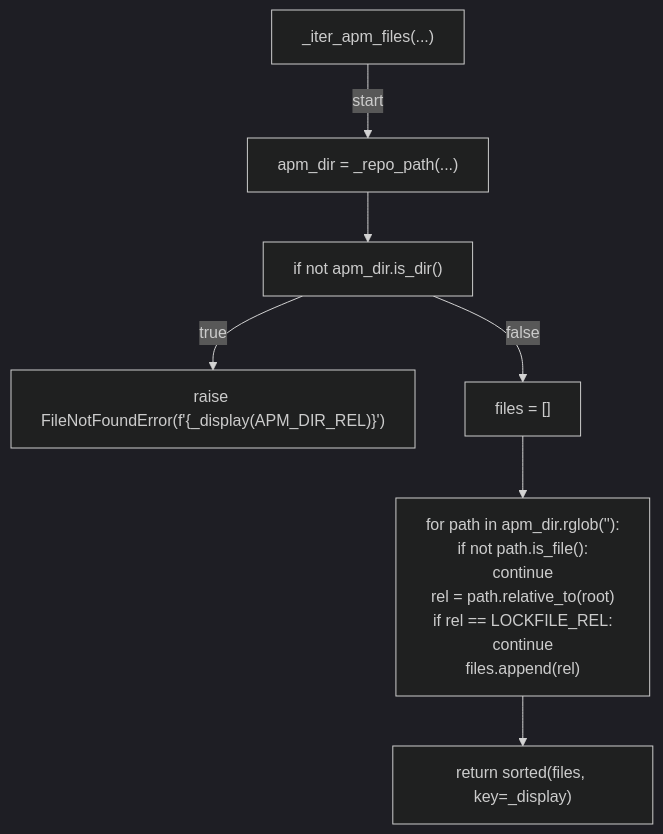
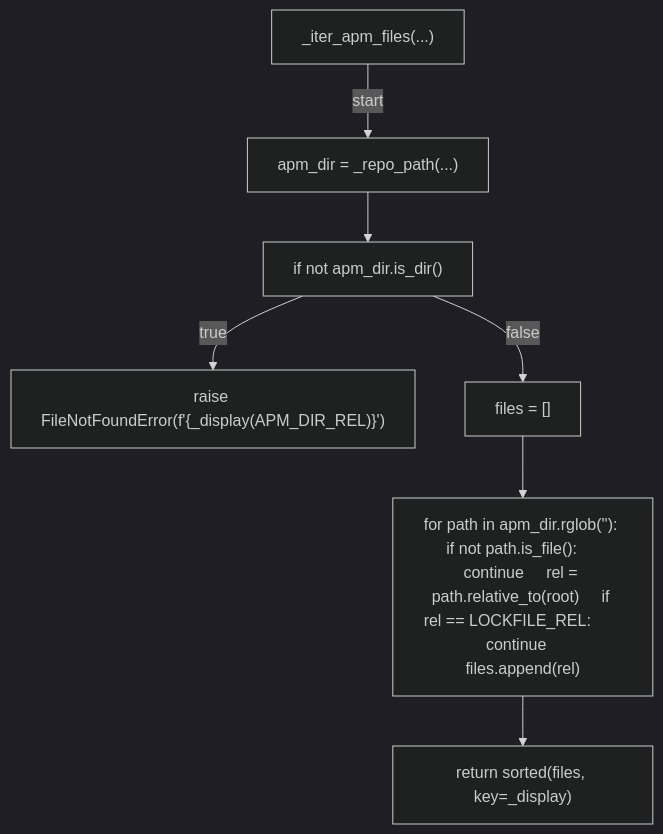
The third of 13 diagrams in docs/generated/scripts/ast/verify_apm_checksums.md (tvna/claude-md), drawn with Mermaid (dark theme) before and after one commit. The commit also changed other lines of this file and 15 other files, not shown here.

First line of the commit message:
docs(generated): regenerate decision tree and workflow diagrams (batch 5/5)

````diff
--- a/docs/generated/scripts/ast/verify_apm_checksums.md
+++ b/docs/generated/scripts/ast/verify_apm_checksums.md
@@ -25,22 +25,16 @@
 ```mermaid
 flowchart TD
     N001["_iter_apm_files(...)"]
     N002["apm_dir = _repo_path(...)"]
     N003["if not apm_dir.is_dir()"]
     N004["raise FileNotFoundError(f'<str>{_display(APM_DIR_REL)}')"]
     N005["files = []"]
-    N006["for path in apm_dir.rglob('<str>'):
-    if not path.is_file():
-        continue
-    rel = path.relative_to(root)
-    if rel == LOCKFILE_REL:
-        continue
-    files.append(rel)"]
+    N006["for path in apm_dir.rglob('<str>'):     if not path.is_file():         continue     rel = path.relative_to(root)     if rel == LOCKFILE_REL:         continue     files.append(rel)"]
     N007["return sorted(files, key=_display)"]
     N001 -->|"start"| N002
     N002 --> N003
     N003 -->|"true"| N004
     N003 -->|"false"| N005
     N005 --> N006
     N006 --> N007
 ```
````
